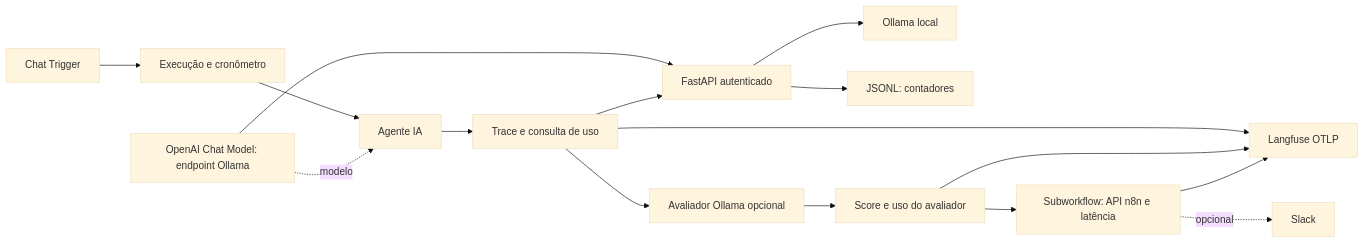
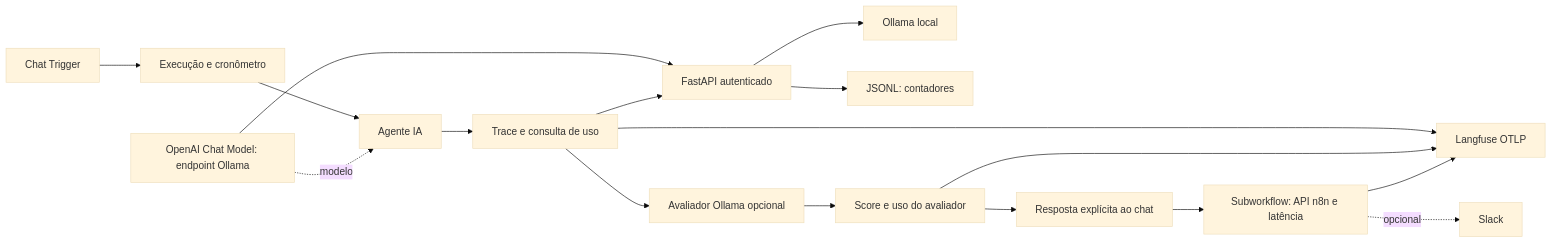
One commit to Denis-DBA/automacao-n8n changed the diagram in workflows/n8n-ollama-langfuse-observability/README.md. Above: the diagram before and after it, drawn with Mermaid (base theme). The commit also changed other lines of this file and 23 other files, not shown here.

````diff
--- a/workflows/n8n-ollama-langfuse-observability/README.md
+++ b/workflows/n8n-ollama-langfuse-observability/README.md
@@ -19,18 +19,19 @@
 ```mermaid
 flowchart LR
   C[Chat Trigger] --> I[Execução e cronômetro]
   I --> A[Agente IA]
   M[OpenAI Chat Model: endpoint Ollama] -. modelo .-> A
   A --> T[Trace e consulta de uso]
   M --> P[FastAPI autenticado]
   P --> O[Ollama local]
   P --> J[JSONL: contadores]
   T --> P
   T --> L[Langfuse OTLP]
   T --> E[Avaliador Ollama opcional]
   E --> S[Score e uso do avaliador]
   S --> L
-  S --> N[Subworkflow: API n8n e latência]
+  S --> R[Resposta explícita ao chat]
+  R --> N[Subworkflow: API n8n e latência]
   N --> L
   N -. opcional .-> Slack
 ```
````
